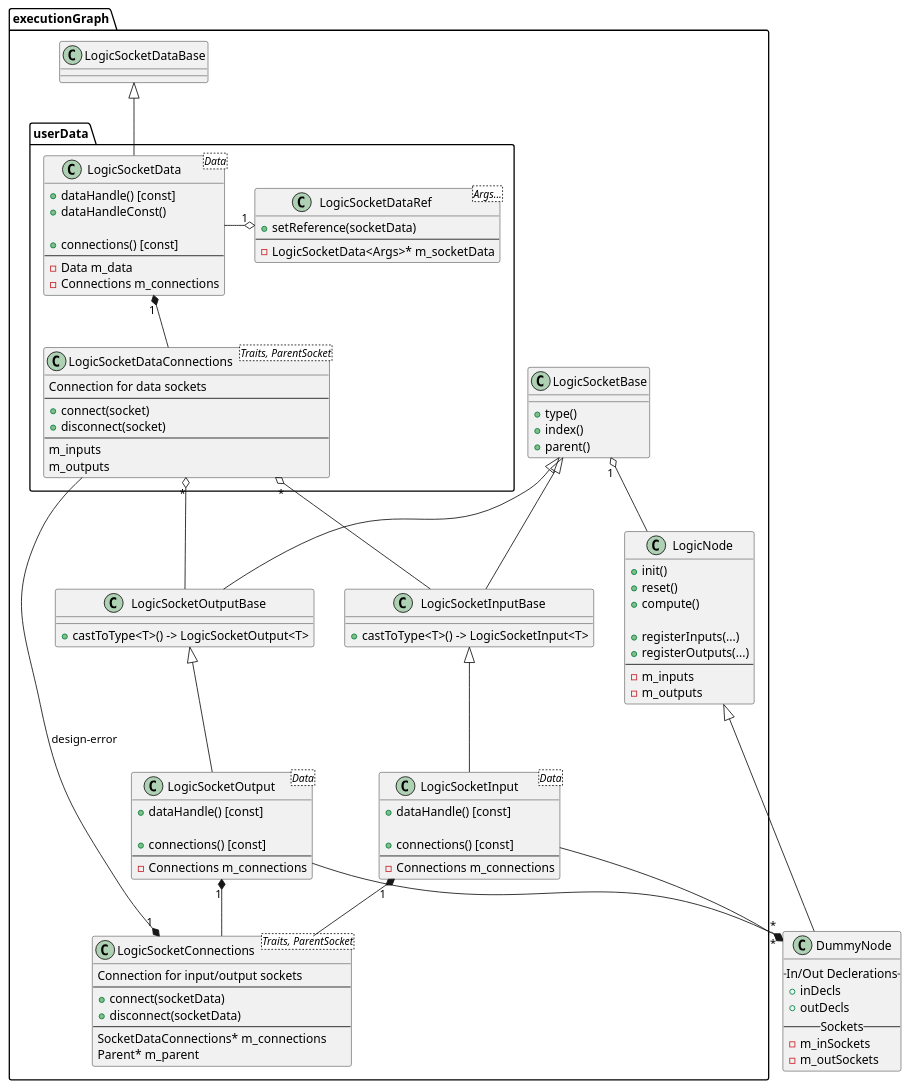
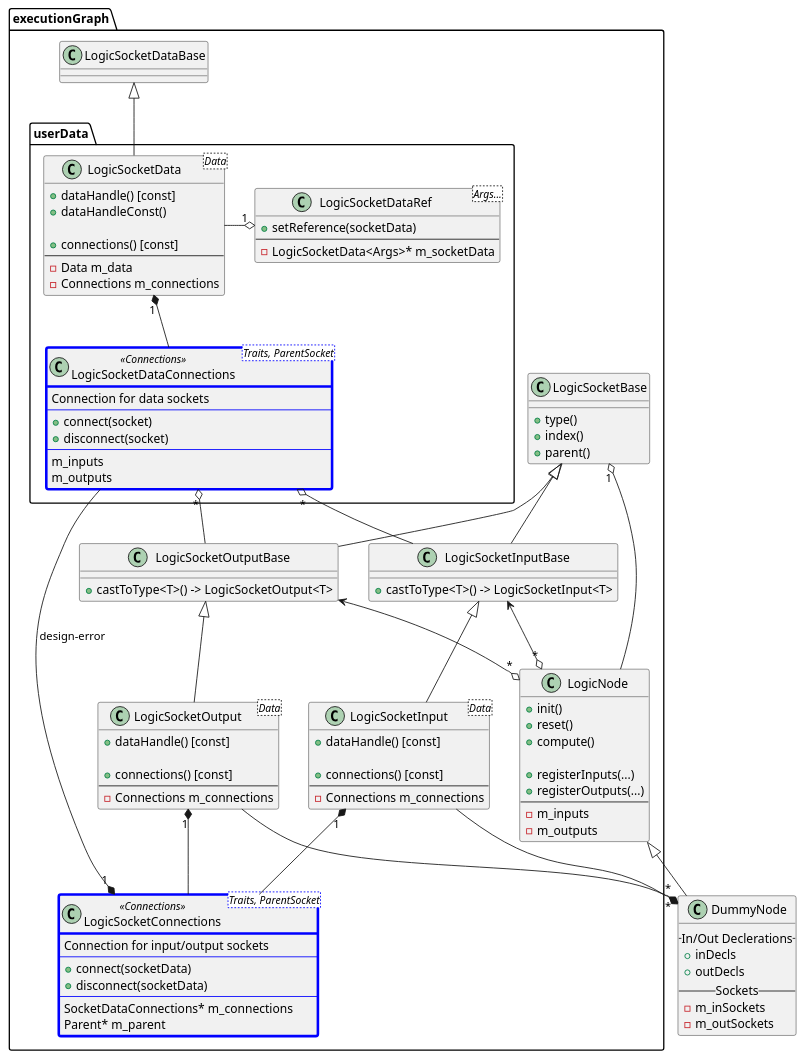
Before and after one commit to gabyx/ExecutionGraph: the diagram in docs/design/core.plantuml, drawn with PlantUML. The commit also changed 3 other files, not shown here.

```diff
--- a/docs/design/core.plantuml
+++ b/docs/design/core.plantuml
@@ -2,131 +2,139 @@
 @startuml core
 set namespaceSeparator ::
 skinparam shadowing false
 skinparam defaultFontName "Fira Code"
+
+skinparam class{
+    BorderColor<< Connections >> Blue
+    BorderThickness<< Connections >> 3
+}
 
 class DummyNode{
     --  In/Out Declerations --
     + inDecls
     + outDecls
     -- Sockets --
     - m_inSockets
     - m_outSockets
 }
 
 namespace executionGraph{
 
     class LogicNode{
         + init()
         + reset()
         + compute()
 
         + registerInputs(...)
         + registerOutputs(...)
         --
         - m_inputs
         - m_outputs
     }
 
     class LogicSocketInput<Data> {
         + dataHandle() [const]
 
         + connections() [const]
         --
         - Connections m_connections
     }
 
     class LogicSocketOutput<Data> {
         + dataHandle() [const]
 
         + connections() [const]
         --
         - Connections m_connections
     }
 
     class LogicSocketBase {
         + type()
         + index()
         + parent()
     }
 
     class LogicSocketInputBase {
         + castToType<T>() -> LogicSocketInput<T>
     }
 
     class LogicSocketOutputBase {
         + castToType<T>() -> LogicSocketOutput<T>
     }
 
-    class LogicSocketConnections<Traits, ParentSocket>{
+    class LogicSocketConnections<Traits, ParentSocket> << Connections >>{
         Connection for input/output sockets
         --
         + connect(socketData)
         + disconnect(socketData)
         --
         SocketDataConnections* m_connections
         Parent* m_parent
     }
 
     namespace userData{
-        class LogicSocketDataConnections<Traits, ParentSocket>{
+        class LogicSocketDataConnections<Traits, ParentSocket> << Connections >> {
             Connection for data sockets
             --
             + connect(socket)
             + disconnect(socket)
             --
             m_inputs
             m_outputs
         }
 
         class LogicSocketData<Data>{
             + dataHandle() [const]
             + dataHandleConst()
 
             + connections() [const]
             --
             - Data m_data
             - Connections m_connections
         }
 
 
         class LogicSocketDataRef<Args...>{
             + setReference(socketData)
             --
             - LogicSocketData<Args>* m_socketData
         }
 
     }
 
     class LogicSocketDataBase{
 
     }
 }
 
 DummyNode -up-|> executionGraph::LogicNode
 
 executionGraph::LogicSocketInput -up-|> executionGraph::LogicSocketInputBase
 executionGraph::LogicSocketOutput -up-|> executionGraph::LogicSocketOutputBase
 
 executionGraph::LogicSocketInputBase -up-|> executionGraph::LogicSocketBase
 executionGraph::LogicSocketOutputBase -up-|> executionGraph::LogicSocketBase
-executionGraph::LogicSocketBase -[hidden]-> executionGraph::userData::LogicSocketData
-executionGraph::LogicSocketBase -up[hidden]-> executionGraph::userData::LogicSocketData
+executionGraph::LogicNode "*" o-up-> executionGraph::LogicSocketInputBase 
+executionGraph::LogicNode "*" o-up-> executionGraph::LogicSocketOutputBase 
+
+' executionGraph::LogicSocketBase -[hidden]-> executionGraph::userData::LogicSocketData
+' executionGraph::LogicSocketBase -up[hidden]-> executionGraph::userData::LogicSocketData
 
 
 DummyNode "*" *-up- executionGraph::LogicSocketInput
 DummyNode "*" *-up- executionGraph::LogicSocketOutput
 
 executionGraph::LogicSocketInput "1" *-- executionGraph::LogicSocketConnections
 executionGraph::LogicSocketOutput "1" *-- executionGraph::LogicSocketConnections
 
 executionGraph::LogicSocketBase "1" o-down- executionGraph::LogicNode
 
 executionGraph::userData::LogicSocketData -up-|> executionGraph::LogicSocketDataBase
 executionGraph::userData::LogicSocketDataConnections "*" o-down- executionGraph::LogicSocketInputBase
 executionGraph::userData::LogicSocketDataConnections "*" o-down- executionGraph::LogicSocketOutputBase
 executionGraph::userData::LogicSocketData -right-o "1" executionGraph::userData::LogicSocketDataRef
 executionGraph::userData::LogicSocketData "1" *-down- executionGraph::userData::LogicSocketDataConnections
 
 executionGraph::LogicSocketConnections "1" *-- executionGraph::userData::LogicSocketDataConnections : design-error
 
 @enduml
```
